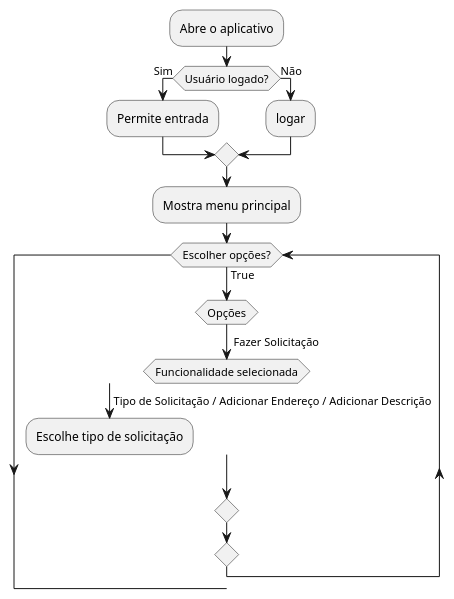
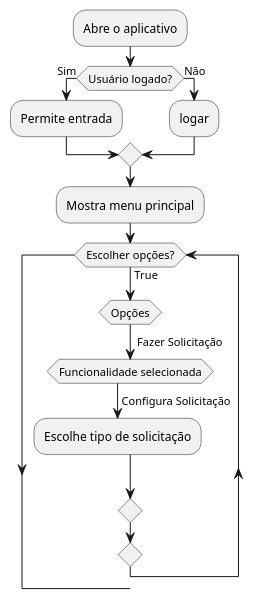
One commit to RenataArdito/Alerta-ADS changed the diagram in ActivityDiagram.md. Above: the diagram before and after it, drawn with PlantUML.

````diff
--- a/ActivityDiagram.md
+++ b/ActivityDiagram.md
@@ -1,25 +1,25 @@
 ```plantuml
 @startuml
 
 :Abre o aplicativo;
 
 if (Usuário logado?) then (Sim)
     :Permite entrada;
 else (Não)
     :logar;
 endif
 :Mostra menu principal;
 
 while (Escolher opções?) is (True)
 
 switch (Opções)
 case ( Fazer Solicitação )
     switch (Funcionalidade selecionada)
-    case (Tipo de Solicitação / Adicionar Endereço / Adicionar Descrição)
+    case (Configura Solicitação)
         :Escolhe tipo de solicitação;
     endswitch
 endswitch
 
 
 @enduml
 ```
````
